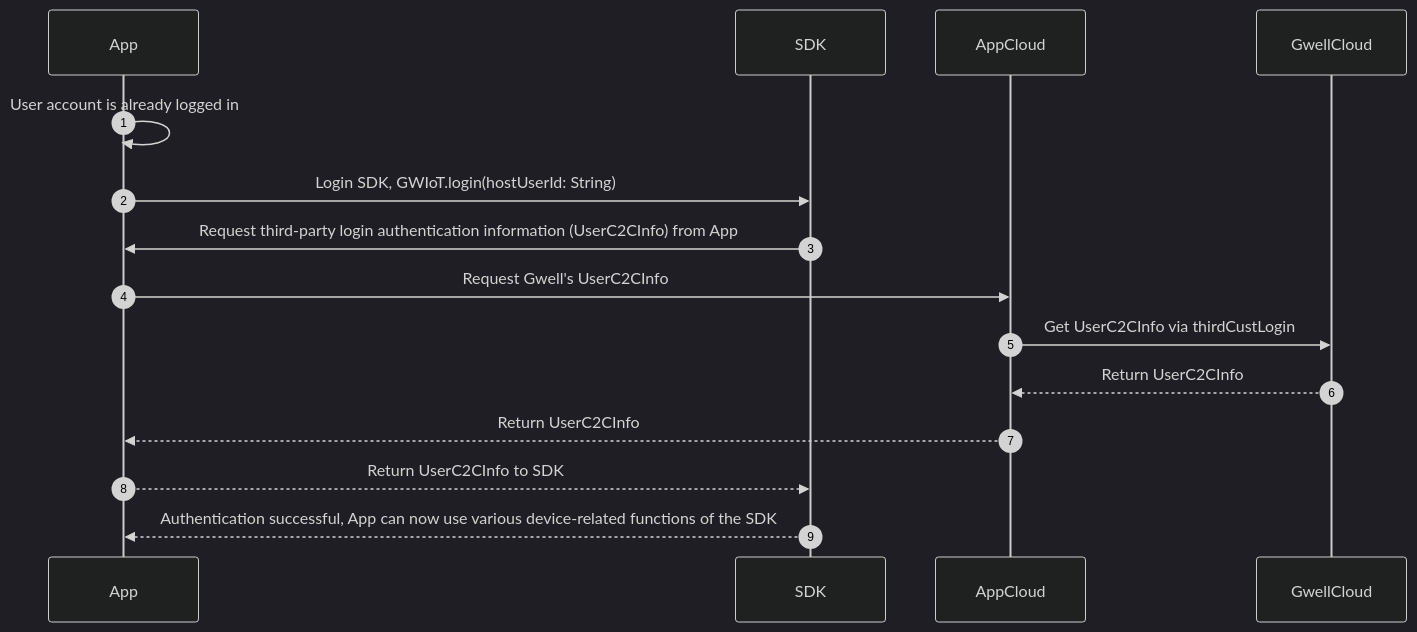
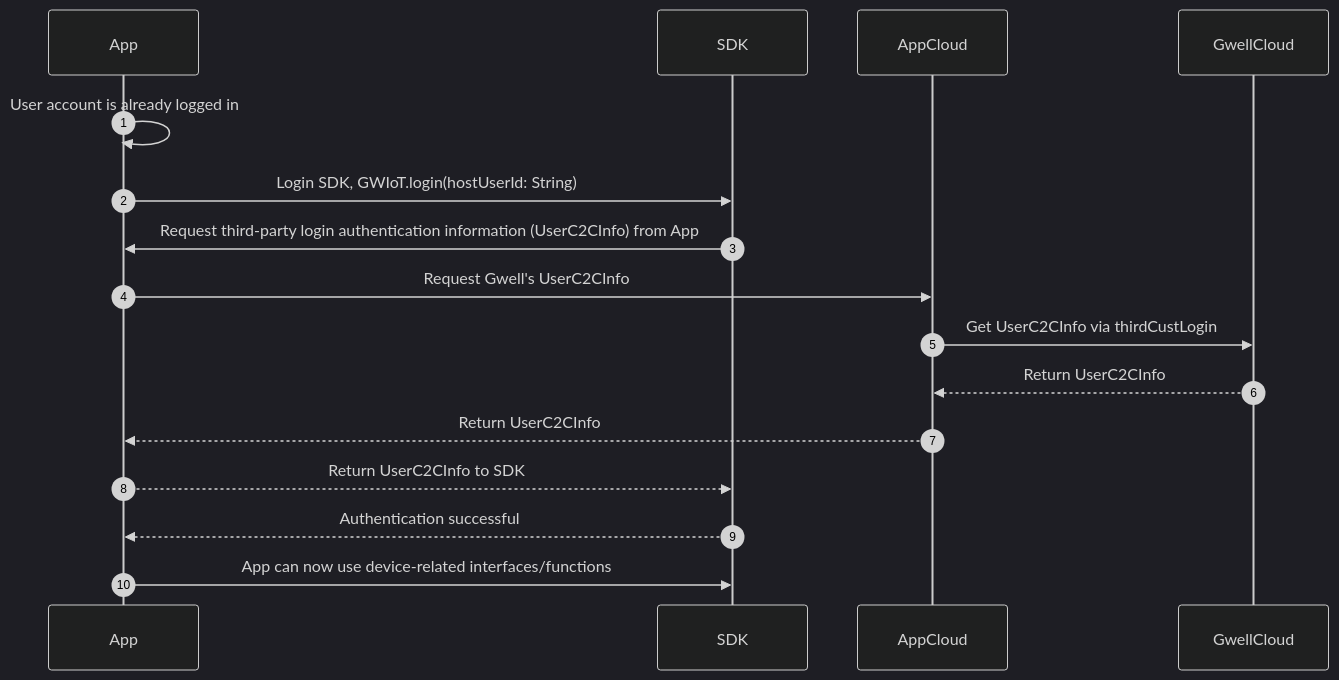
Before and after one commit to reoqoo/gwiotapi: the diagram in docs/app_third_login.en.md, drawn with Mermaid (dark theme). The commit also changed other lines of this file and 1 other file, not shown here.

````diff
--- a/docs/app_third_login.en.md
+++ b/docs/app_third_login.en.md
@@ -8,22 +8,24 @@
 ```mermaid
 sequenceDiagram
     autonumber
 
     App->> App: User account is already logged in
 
     App->>SDK: Login SDK, GWIoT.login(hostUserId: String)
 
     SDK->> App: Request third-party login authentication information (UserC2CInfo) from App
 
     App->> AppCloud: Request Gwell's UserC2CInfo
 
     AppCloud->> GwellCloud: Get UserC2CInfo via thirdCustLogin
 
     GwellCloud-->>AppCloud: Return UserC2CInfo
 
     AppCloud-->>App: Return UserC2CInfo
     App-->>SDK: Return UserC2CInfo to SDK
 
-    SDK-->> App: Authentication successful, App can now use various device-related functions of the SDK
+    SDK-->> App: Authentication successful
+    
+    App->>SDK: App can now use device-related interfaces/functions
 
 ```
````
